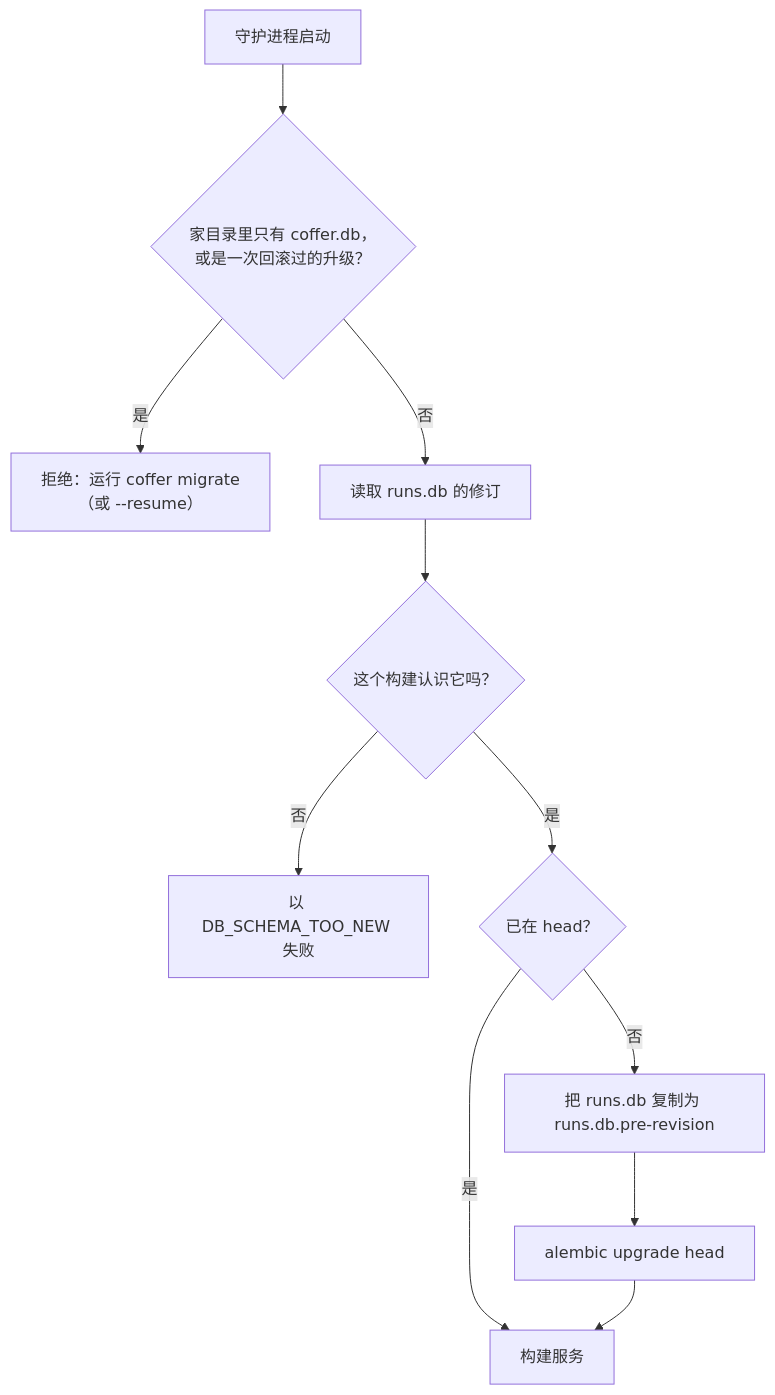
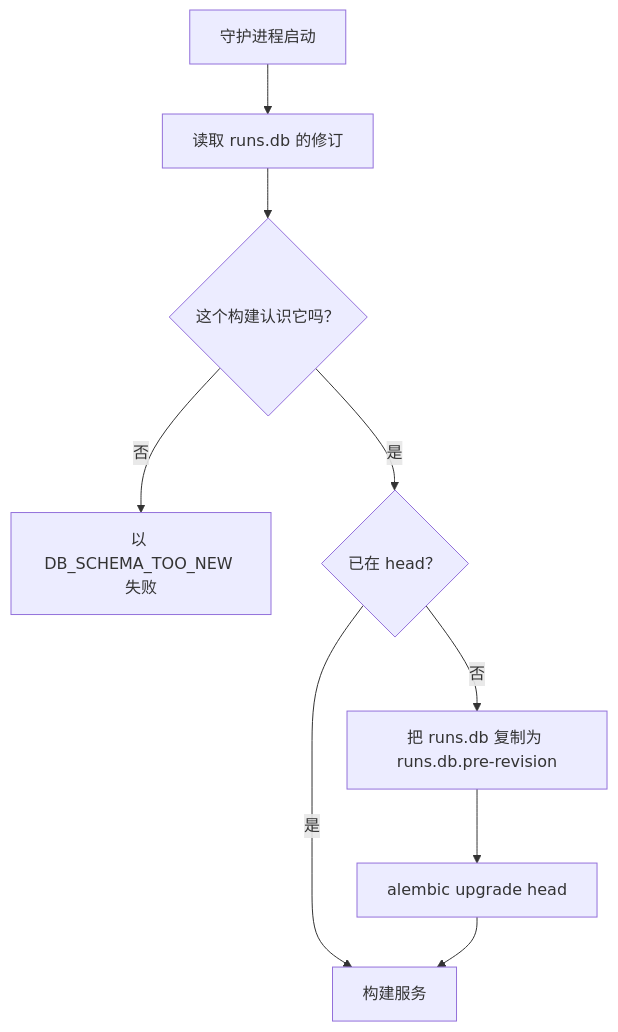
Before and after one commit to wyx-sg/Coffer: the third of 3 diagrams in docs-site/zh/architecture/persistence.md, drawn with Mermaid. The commit also changed other lines of this file and 341 other files, not shown here.

````diff
--- a/docs-site/zh/architecture/persistence.md
+++ b/docs-site/zh/architecture/persistence.md
@@ -203,13 +202,11 @@
 ```mermaid
 flowchart TB
-  A["守护进程启动"] --> H{"家目录里只有 coffer.db，<br/>或是一次回滚过的升级？"}
-  H -- 是 --> Z["拒绝：运行 coffer migrate<br/>（或 --resume）"]
-  H -- 否 --> B["读取 runs.db 的修订"]
+  A["守护进程启动"] --> B["读取 runs.db 的修订"]
   B --> C{"这个构建认识它吗？"}
   C -- 否 --> X["以 DB_SCHEMA_TOO_NEW 失败"]
   C -- 是 --> D{"已在 head？"}
   D -- 是 --> G["构建服务"]
   D -- 否 --> E["把 runs.db 复制为 runs.db.pre-revision"]
   E --> F["alembic upgrade head"]
   F --> G
 ```
````
